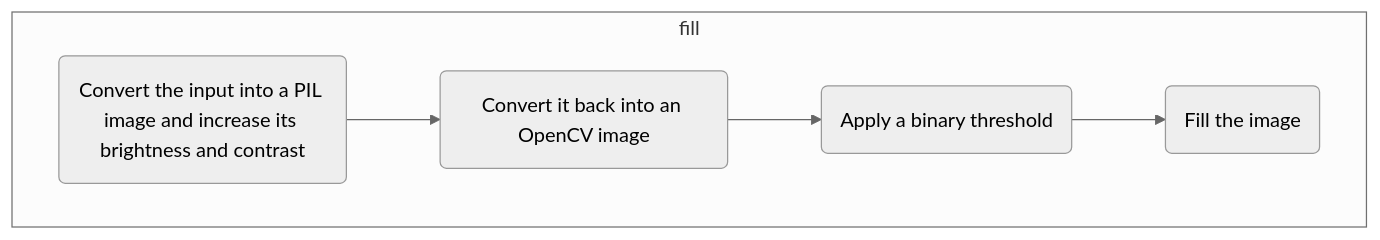
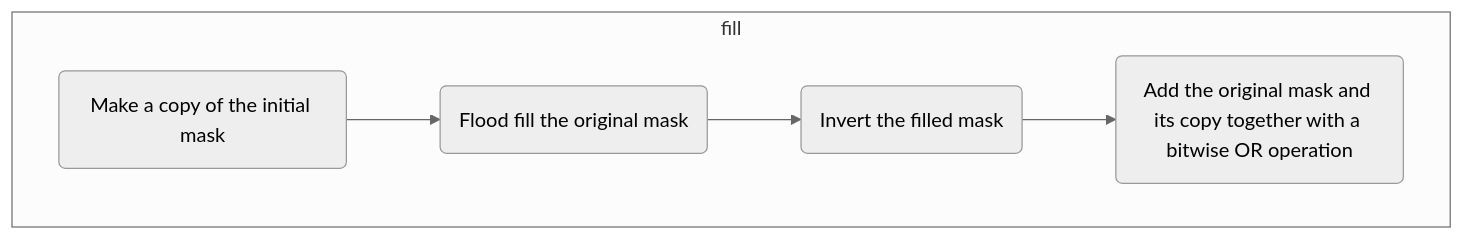
One commit to Parsec-2023/Parsec_AstroPi_2022-23 changed the eighth of 10 diagrams in README.md. Above: the diagram before and after it, drawn with Mermaid (neutral theme). The commit also changed other lines of this file, not shown here.

````diff
--- a/README.md
+++ b/README.md
@@ -273,6 +275,6 @@
 ```mermaid
 flowchart  TD;
 subgraph fill
-1(Convert the input into a PIL image and increase its brightness and contrast)-->2(Convert it back into an OpenCV image)-->3(Apply a binary threshold)-->4(Fill the image)
+1(Make a copy of the initial mask)-->2(Flood fill the original mask)-->3(Invert the filled mask)-->4(Add the original mask and its copy together with a bitwise OR operation)
 end
 ```
````
